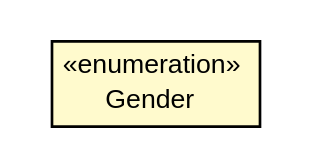
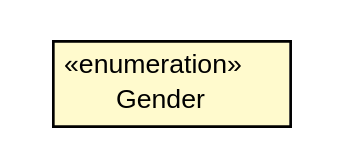
One commit to trajano/doxdb changed the diagram in doxdb-sample-web/apidocs/net/trajano/doxdb/sample/json/Horse.Gender.dot. Above: the diagram before and after it, drawn with Graphviz. The commit also changed 134 other files, not shown here.

```diff
--- a/doxdb-sample-web/apidocs/net/trajano/doxdb/sample/json/Horse.Gender.dot
+++ b/doxdb-sample-web/apidocs/net/trajano/doxdb/sample/json/Horse.Gender.dot
@@ -1,19 +1,19 @@
 #!/usr/local/bin/dot
 #
 # Class diagram 
 # Generated by UMLGraph version R5_6-24-gf6e263 (http://www.umlgraph.org/)
 #
 
 digraph G {
-	edge [fontname="arial",fontsize=10,labelfontname="arial",labelfontsize=10];
-	node [fontname="arial",fontsize=10,shape=plaintext];
+	edge [fontname="Helvetica",fontsize=10,labelfontname="Helvetica",labelfontsize=10];
+	node [fontname="Helvetica",fontsize=10,shape=plaintext];
 	nodesep=0.25;
 	ranksep=0.5;
 	// net.trajano.doxdb.sample.json.Horse.Gender
-	c87 [label=<<table title="net.trajano.doxdb.sample.json.Horse.Gender" border="0" cellborder="1" cellspacing="0" cellpadding="2" port="p" bgcolor="lemonChiffon" href="./Horse.Gender.html">
+	c85 [label=<<table title="net.trajano.doxdb.sample.json.Horse.Gender" border="0" cellborder="1" cellspacing="0" cellpadding="2" port="p" bgcolor="lemonChiffon" href="./Horse.Gender.html">
 		<tr><td><table border="0" cellspacing="0" cellpadding="1">
 <tr><td align="center" balign="center"> &#171;enumeration&#187; </td></tr>
 <tr><td align="center" balign="center"> Gender </td></tr>
 		</table></td></tr>
-		</table>>, URL="./Horse.Gender.html", fontname="arial", fontcolor="black", fontsize=10.0];
+		</table>>, URL="./Horse.Gender.html", fontname="Helvetica", fontcolor="black", fontsize=10.0];
 }
```
